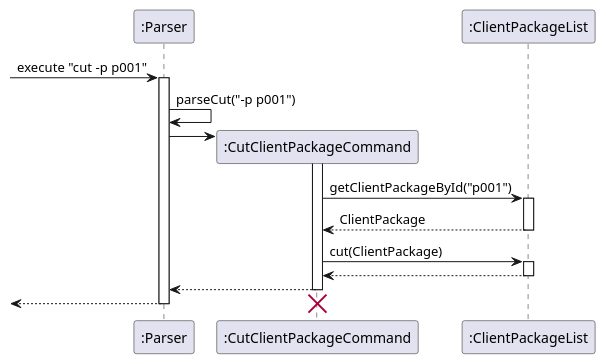
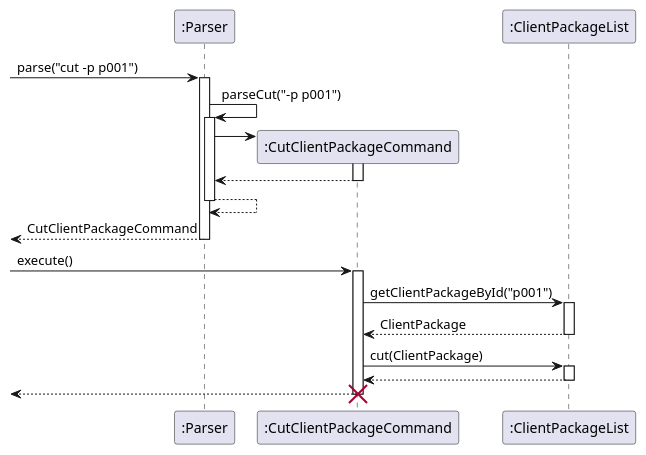
One commit to nus-cs2113-AY2122S1/tp changed the diagram in src/main/java/seedu/uml/CutClientPackageCommand.puml. Above: the diagram before and after it, drawn with PlantUML. The commit also changed 13 other files, not shown here.

Commit message:
Fix DG UML diagram bugs, refactor magic Strings in test for cut commands

```diff
--- a/src/main/java/seedu/uml/CutClientPackageCommand.puml
+++ b/src/main/java/seedu/uml/CutClientPackageCommand.puml
@@ -1,32 +1,42 @@
 @startuml
 
 participant ":Parser" as Parser
 participant ":CutClientPackageCommand" as CCC
 participant ":ClientPackageList" as ClientPackageList
 
 
--> Parser: execute "cut -p p001"
+-> Parser: parse("cut -p p001")
 activate Parser
 Parser -> Parser : parseCut("-p p001")
+activate Parser
 
 create CCC
 Parser -> CCC
+activate CCC
+CCC --> Parser
+deactivate CCC
+Parser --> Parser
+deactivate Parser
+
+<-- Parser: CutClientPackageCommand
+deactivate Parser
+
+-> CCC: execute()
 activate CCC
 
 CCC -> ClientPackageList : getClientPackageById("p001")
 activate ClientPackageList
 ClientPackageList --> CCC : ClientPackage
 deactivate ClientPackageList
 
 CCC -> ClientPackageList: cut(ClientPackage)
 activate ClientPackageList
 ClientPackageList --> CCC
 deactivate ClientPackageList
 
 
-CCC --> Parser
+<-- CCC
 deactivate CCC
-<-- Parser
 deactivate Parser
 destroy CCC
 @enduml
```
